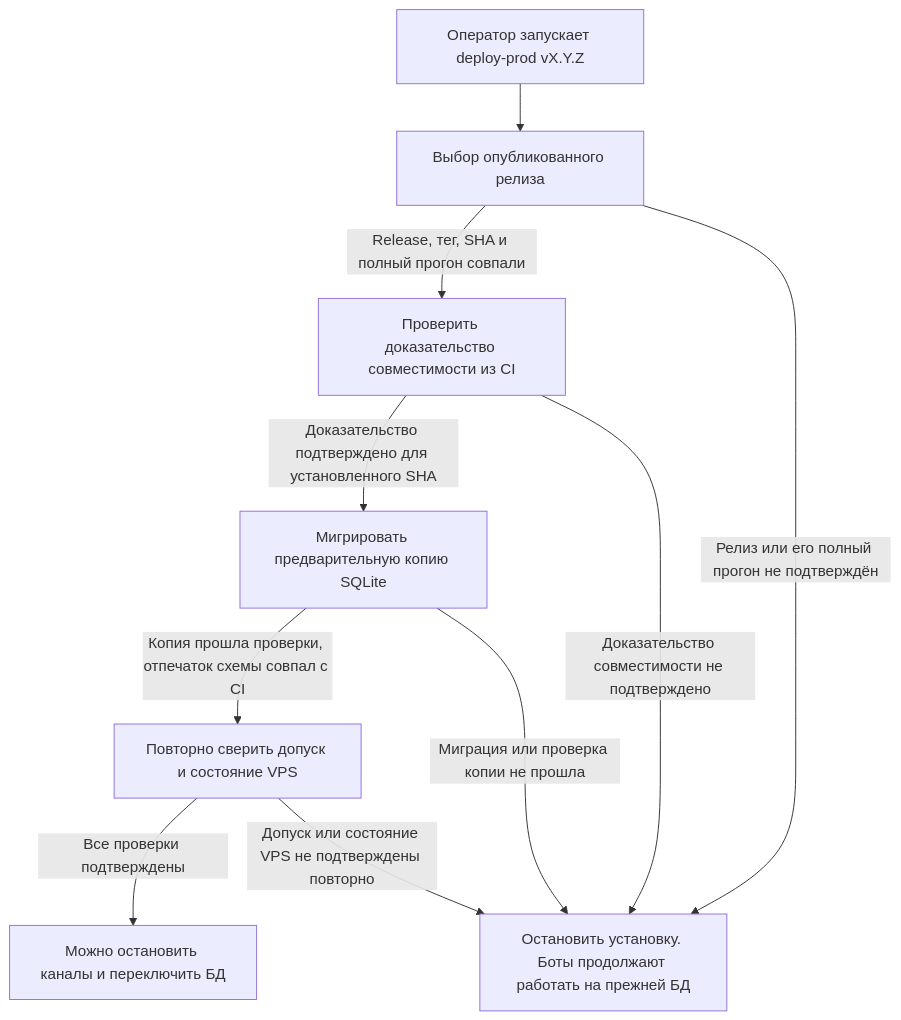
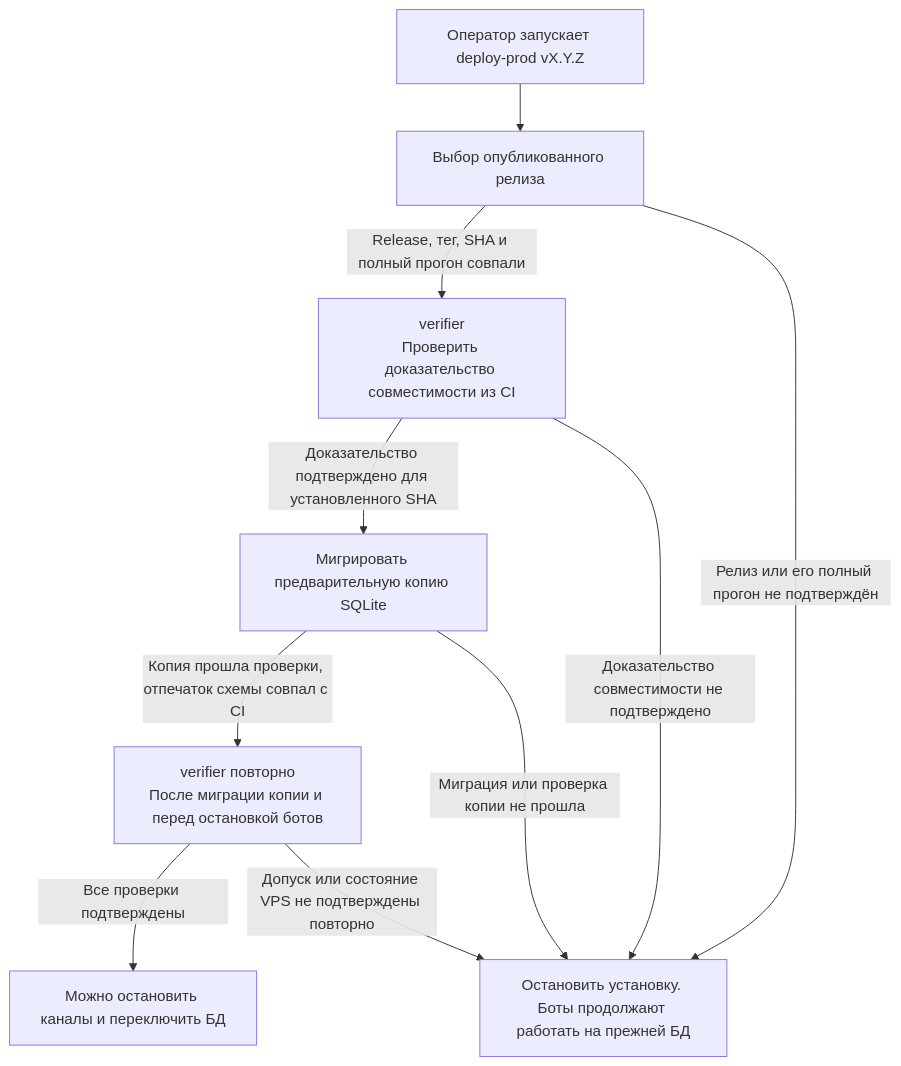
Before and after one commit to karateka-git/compadre-assistant: the fourth of 5 diagrams in docs/release-ci-admission/CI_AND_DEPLOY.md, drawn with Mermaid. The commit also changed other lines of this file, not shown here.

Commit message:
Описать вызовы verifier на схеме допуска

````diff
--- a/docs/release-ci-admission/CI_AND_DEPLOY.md
+++ b/docs/release-ci-admission/CI_AND_DEPLOY.md
@@ -189,12 +189,12 @@
 ```mermaid
 flowchart TD
     COMMAND["Оператор запускает deploy-prod vX.Y.Z"] --> SELECT["Выбор опубликованного релиза"]
-    SELECT -->|Release, тег, SHA и полный прогон совпали| V["Проверить доказательство совместимости из CI"]
+    SELECT -->|Release, тег, SHA и полный прогон совпали| V["verifier<br/>Проверить доказательство совместимости из CI"]
     V -->|Доказательство подтверждено для установленного SHA| COPY["Мигрировать предварительную копию SQLite"]
-    COPY -->|Копия прошла проверки, отпечаток схемы совпал с CI| RECHECK["Повторно сверить допуск и состояние VPS"]
+    COPY -->|Копия прошла проверки, отпечаток схемы совпал с CI| RECHECK["verifier повторно<br/>После миграции копии и перед остановкой ботов"]
     RECHECK -->|Все проверки подтверждены| READY["Можно остановить каналы и переключить БД"]
     SELECT -->|Релиз или его полный прогон не подтверждён| BLOCKED["Остановить установку. Боты продолжают работать на прежней БД"]
     V -->|Доказательство совместимости не подтверждено| BLOCKED
     COPY -->|Миграция или проверка копии не прошла| BLOCKED
     RECHECK -->|Допуск или состояние VPS не подтверждены повторно| BLOCKED
 ```
````
